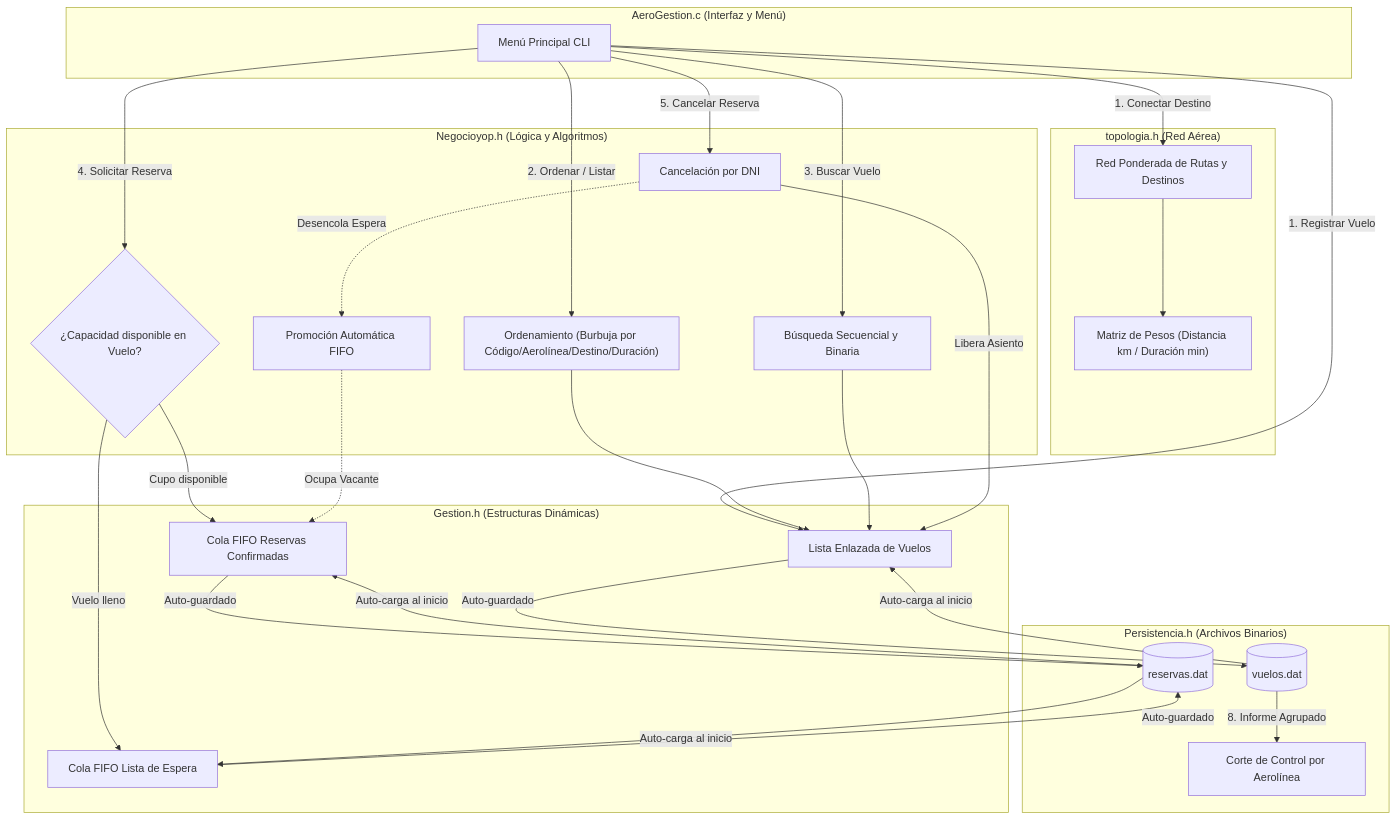
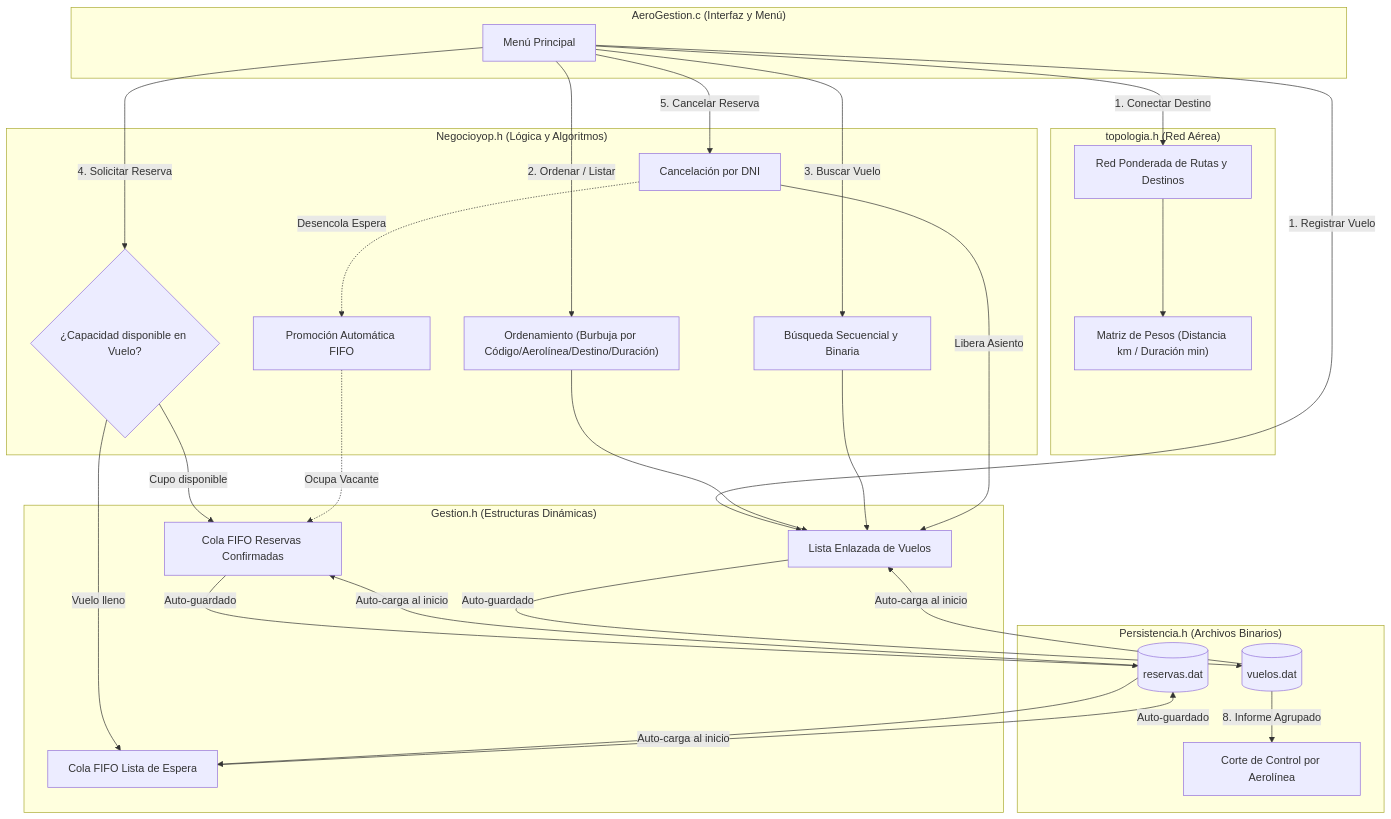
One commit to dvn2200/AeroGestion changed the diagram in README.md. Above: the diagram before and after it, drawn with Mermaid.

````diff
--- a/README.md
+++ b/README.md
@@ -54,57 +54,57 @@
 ```mermaid
 flowchart TD
     subgraph UI["AeroGestion.c (Interfaz y Menú)"]
-        M[Menú Principal CLI]
+        M[Menú Principal]
     end
 
     subgraph TADs["Gestion.h (Estructuras Dinámicas)"]
         LV[Lista Enlazada de Vuelos]
         CF[Cola FIFO Reservas Confirmadas]
         CE[Cola FIFO Lista de Espera]
     end
 
     subgraph Topo["topologia.h (Red Aérea)"]
         G[Red Ponderada de Rutas y Destinos]
         G --> P["Matriz de Pesos (Distancia km / Duración min)"]
     end
 
     subgraph Logica["Negocioyop.h (Lógica y Algoritmos)"]
         ORD["Ordenamiento (Burbuja por Código/Aerolínea/Destino/Duración)"]
         BUS["Búsqueda Secuencial y Binaria"]
         RES{"¿Capacidad disponible en Vuelo?"}
         CANC["Cancelación por DNI"]
         PROM["Promoción Automática FIFO"]
     end
 
     subgraph Persist["Persistencia.h (Archivos Binarios)"]
         DAT1[("vuelos.dat")]
         DAT2[("reservas.dat")]
         CORTE["Corte de Control por Aerolínea"]
     end
 
     M -->|1. Registrar Vuelo| LV
     M -->|1. Conectar Destino| G
     M -->|2. Ordenar / Listar| ORD
     ORD --> LV
     M -->|3. Buscar Vuelo| BUS
     BUS --> LV
 
     M -->|4. Solicitar Reserva| RES
     RES -- "Cupo disponible" --> CF
     RES -- "Vuelo lleno" --> CE
 
     M -->|5. Cancelar Reserva| CANC
     CANC -->|Libera Asiento| LV
     CANC -.->|Desencola Espera| PROM
     PROM -.->|Ocupa Vacante| CF
 
     LV -->|Auto-guardado| DAT1
     CF -->|Auto-guardado| DAT2
     CE -->|Auto-guardado| DAT2
 
     DAT1 -->|Auto-carga al inicio| LV
     DAT2 -->|Auto-carga al inicio| CF
     DAT2 -->|Auto-carga al inicio| CE
 
     DAT1 -->|8. Informe Agrupado| CORTE
 ```
````
